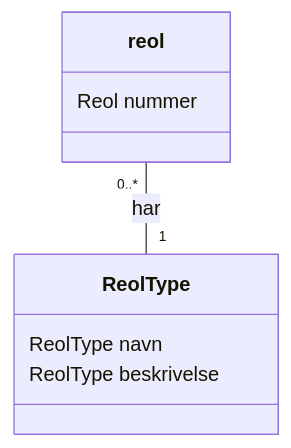
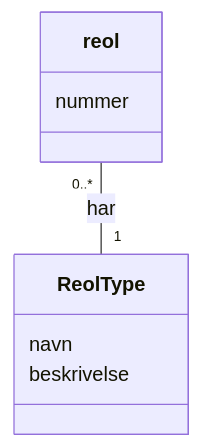
Before and after one commit to DMOoF25-TEAM11/ShelfMarket: the diagram in docs/DomainModel.mmd, drawn with Mermaid.

Commit message:
Update domain

```diff
--- a/docs/DomainModel.mmd
+++ b/docs/DomainModel.mmd
@@ -1,10 +1,10 @@
 classDiagram
     class reol {
-        Reol nummer
+        nummer
     }
     class ReolType {
-        ReolType navn
-        ReolType beskrivelse
+        navn
+        beskrivelse
     }
 
     reol "0..*" -- "1" ReolType : har
```
